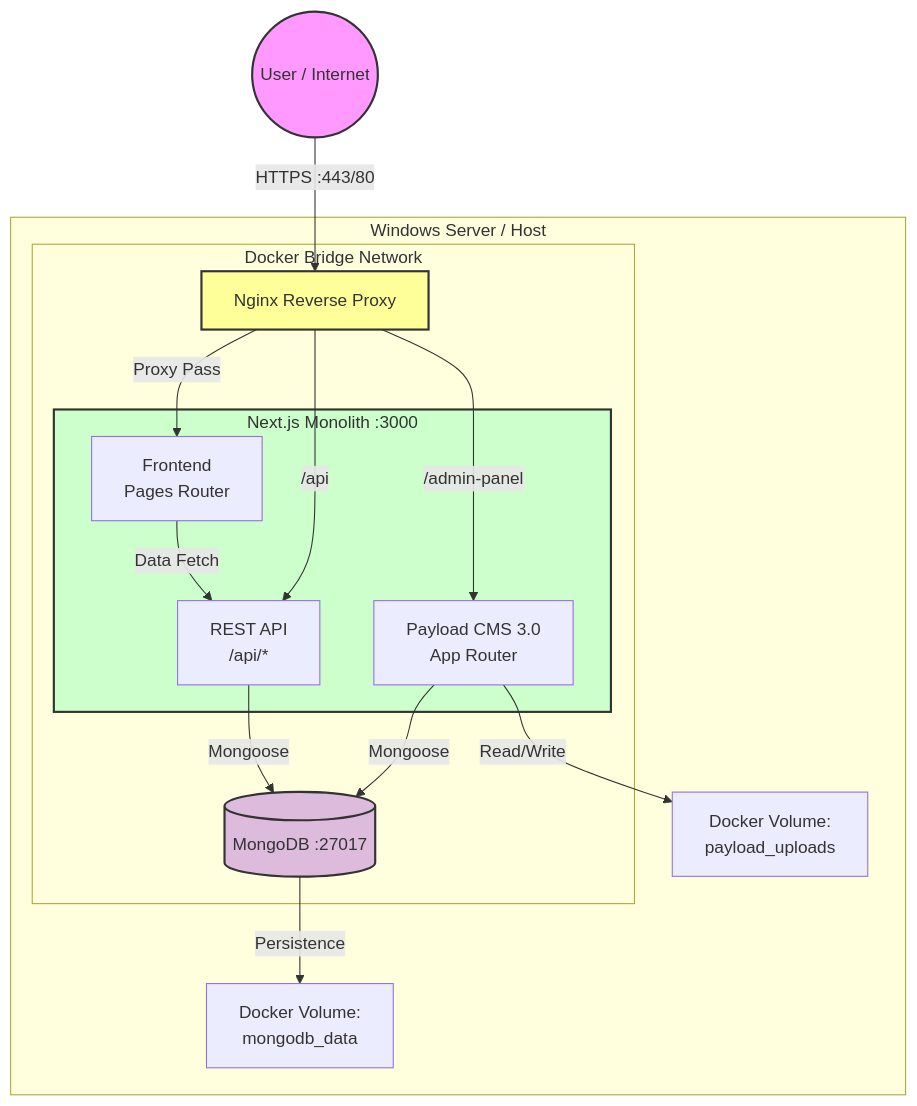
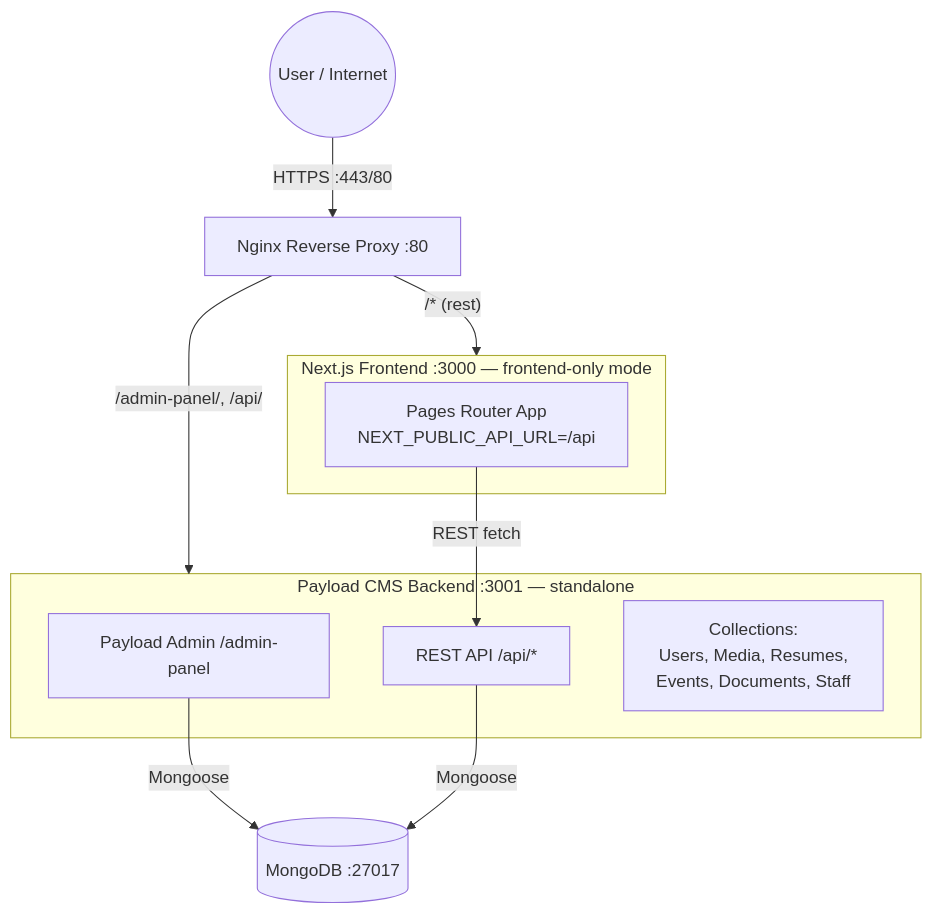
Before and after one commit to prrc-web/PRRC-MAIN-WEB: the first of 2 diagrams in specs/spec.md, drawn with Mermaid. The commit also changed other lines of this file and 2 other files, not shown here.

Commit message:
docs(specs): sync architecture docs to split backend/frontend
Reflect the standalone-prrc-backend split that no longer matches the
old 'Visual Monolith' spec: Nginx routes /api/ + /admin-panel/ to the
Payload backend (:3001) and everything else to the frontend-only Next.js
app (:3000); backend owns all collections + MongoDB. Updates topography,
directory map, data flow (plan.md, tasks.md).

````diff
--- a/specs/spec.md
+++ b/specs/spec.md
@@ -6,43 +11,24 @@
 ```mermaid
 graph TD
-    %% Nodes
     User((User / Internet))
-    
-    subgraph Host_Machine [Windows Server / Host]
-        
-        subgraph Docker_Network [Docker Bridge Network]
-            Nginx[Nginx Reverse Proxy]
-            
-            subgraph Container_NextJS [Next.js Monolith :3000]
-                NextFront[Frontend <br/> Pages Router]
-                Payload[Payload CMS 3.0 <br/> App Router]
-                API[REST API <br/> /api/*]
-            end
-            
-            Mongo[(MongoDB :27017)]
-        end
-        
-        Volume_Media[Docker Volume: <br/> payload_uploads]
-        Volume_DB[Docker Volume: <br/> mongodb_data]
+    Nginx[Nginx Reverse Proxy :80]
+
+    subgraph Frontend [Next.js Frontend :3000 — frontend-only mode]
+        FE[Pages Router App<br/>NEXT_PUBLIC_API_URL=/api]
     end
 
-    %% Data Flow
+    subgraph Backend [Payload CMS Backend :3001 — standalone]
+        ADMIN[Payload Admin /admin-panel]
+        REST[REST API /api/*]
+        COLL[Collections:<br/>Users, Media, Resumes,<br/>Events, Documents, Staff]
+    end
+
+    Mongo[(MongoDB :27017)]
+
     User -- HTTPS :443/80 --> Nginx
-    Nginx -- Proxy Pass --> NextFront
-    Nginx -- /admin-panel --> Payload
-    Nginx -- /api --> API
-    
-    NextFront -- Data Fetch --> API
-    Payload -- Mongoose --> Mongo
-    API -- Mongoose --> Mongo
-    
-    %% Persistence
-    Payload -- Read/Write --> Volume_Media
-    Mongo -- Persistence --> Volume_DB
-    
-    %% Styling
-    style User fill:#f9f,stroke:#333,stroke-width:2px
-    style Nginx fill:#ff9,stroke:#333,stroke-width:2px
-    style Container_NextJS fill:#cfc,stroke:#333,stroke-width:2px
-    style Mongo fill:#dbd,stroke:#333,stroke-width:2px
+    Nginx -- /admin-panel/, /api/ --> Backend
+    Nginx -- /* (rest) --> Frontend
+    ADMIN -- Mongoose --> Mongo
+    REST -- Mongoose --> Mongo
+    FE -- REST fetch --> REST
 ```
````
